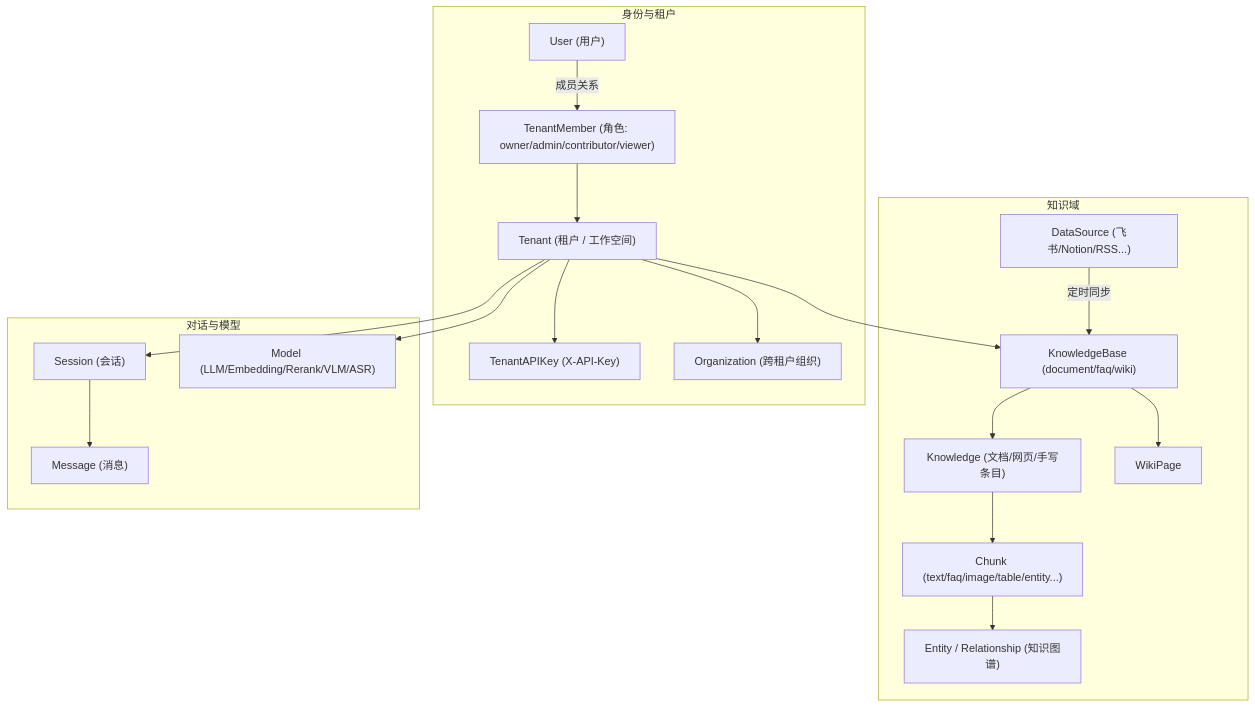
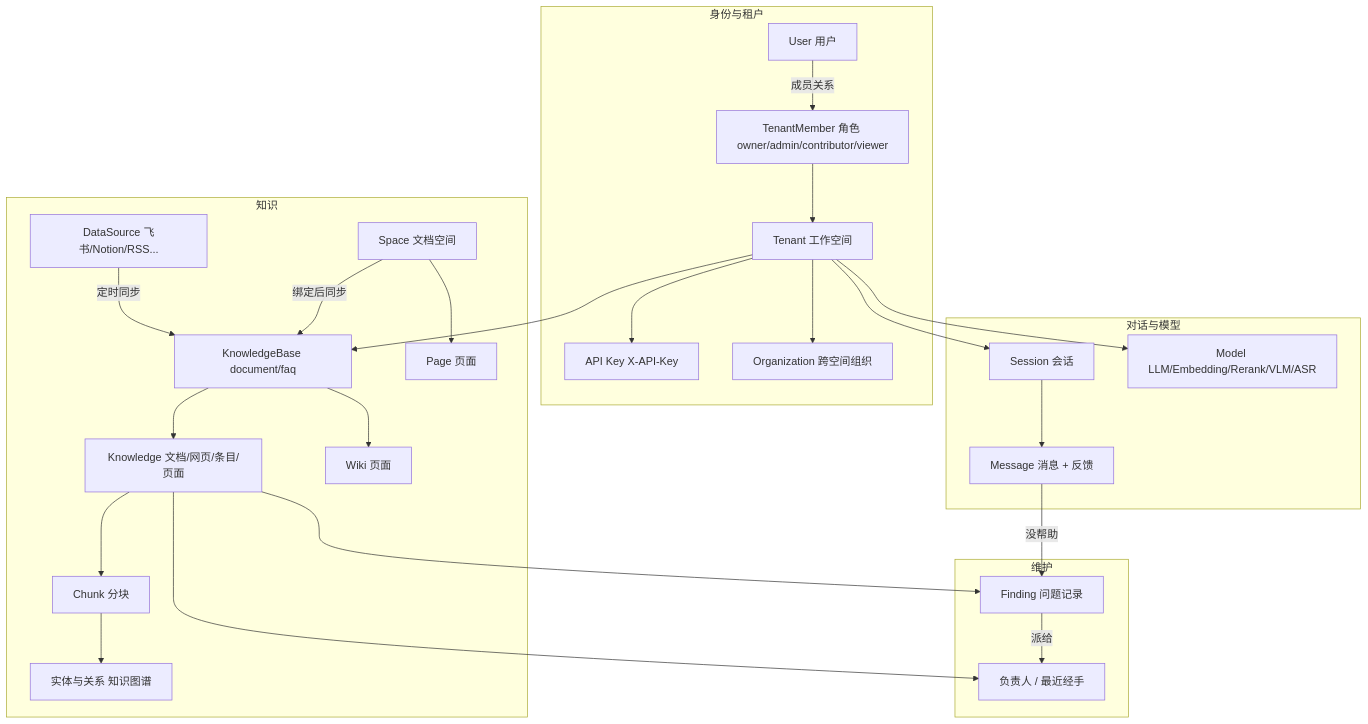
Before and after one commit to magicyuan876/Yuheng: the first of 2 diagrams in website-docs/01-getting-started/01-introduction.md, drawn with Mermaid. The commit also changed other lines of this file and 11 other files, not shown here.

First line of the commit message:
docs(site): getting started and architecture checked against the code

````diff
--- a/website-docs/01-getting-started/01-introduction.md
+++ b/website-docs/01-getting-started/01-introduction.md
@@ -58,33 +99,45 @@
 ```mermaid
 flowchart TB
     subgraph identity["身份与租户"]
-        U["User (用户)"]
-        T["Tenant (租户 / 工作空间)"]
-        TM["TenantMember (角色: owner/admin/contributor/viewer)"]
-        AK["TenantAPIKey (X-API-Key)"]
-        ORG["Organization (跨租户组织)"]
+        U["User 用户"]
+        T["Tenant 工作空间"]
+        TM["TenantMember 角色 owner/admin/contributor/viewer"]
+        AK["API Key X-API-Key"]
+        ORG["Organization 跨空间组织"]
     end
-    subgraph knowledge["知识域"]
-        KB["KnowledgeBase (document/faq/wiki)"]
-        K["Knowledge (文档/网页/手写条目)"]
-        C["Chunk (text/faq/image/table/entity...)"]
-        W["WikiPage"]
-        G["Entity / Relationship (知识图谱)"]
-        DS["DataSource (飞书/Notion/RSS...)"]
+    subgraph knowledge["知识"]
+        KB["KnowledgeBase document/faq"]
+        K["Knowledge 文档/网页/条目/页面"]
+        C["Chunk 分块"]
+        W["Wiki 页面"]
+        G["实体与关系 知识图谱"]
+        DS["DataSource 飞书/Notion/RSS..."]
+        SP["Space 文档空间"]
+        P["Page 页面"]
+    end
+    subgraph health["维护"]
+        F["Finding 问题记录"]
+        O["负责人 / 最近经手"]
     end
     subgraph chat["对话与模型"]
-        S["Session (会话)"]
-        MSG["Message (消息)"]
-        M["Model (LLM/Embedding/Rerank/VLM/ASR)"]
+        S["Session 会话"]
+        MSG["Message 消息 + 反馈"]
+        M["Model LLM/Embedding/Rerank/VLM/ASR"]
     end
     U -- "成员关系" --> TM --> T
     T --> AK
     T --> ORG
     T --> KB
     T --> M
     KB --> K --> C
     KB --> W
     C --> G
     DS -- "定时同步" --> KB
+    SP --> P
+    SP -- "绑定后同步" --> KB
+    K --> O
+    K --> F
+    F -- "派给" --> O
     T --> S --> MSG
+    MSG -- "没帮助" --> F
 ```
````
